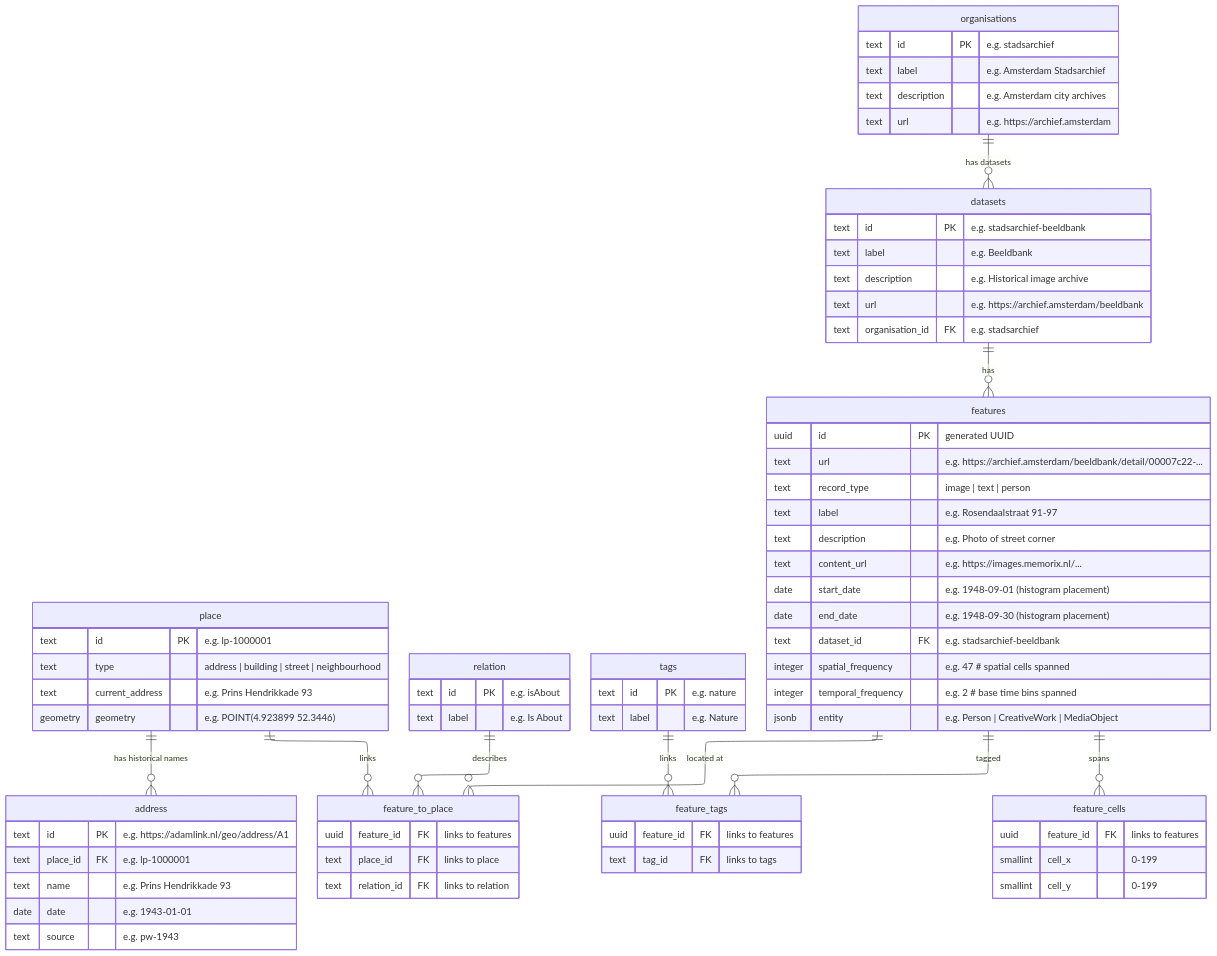
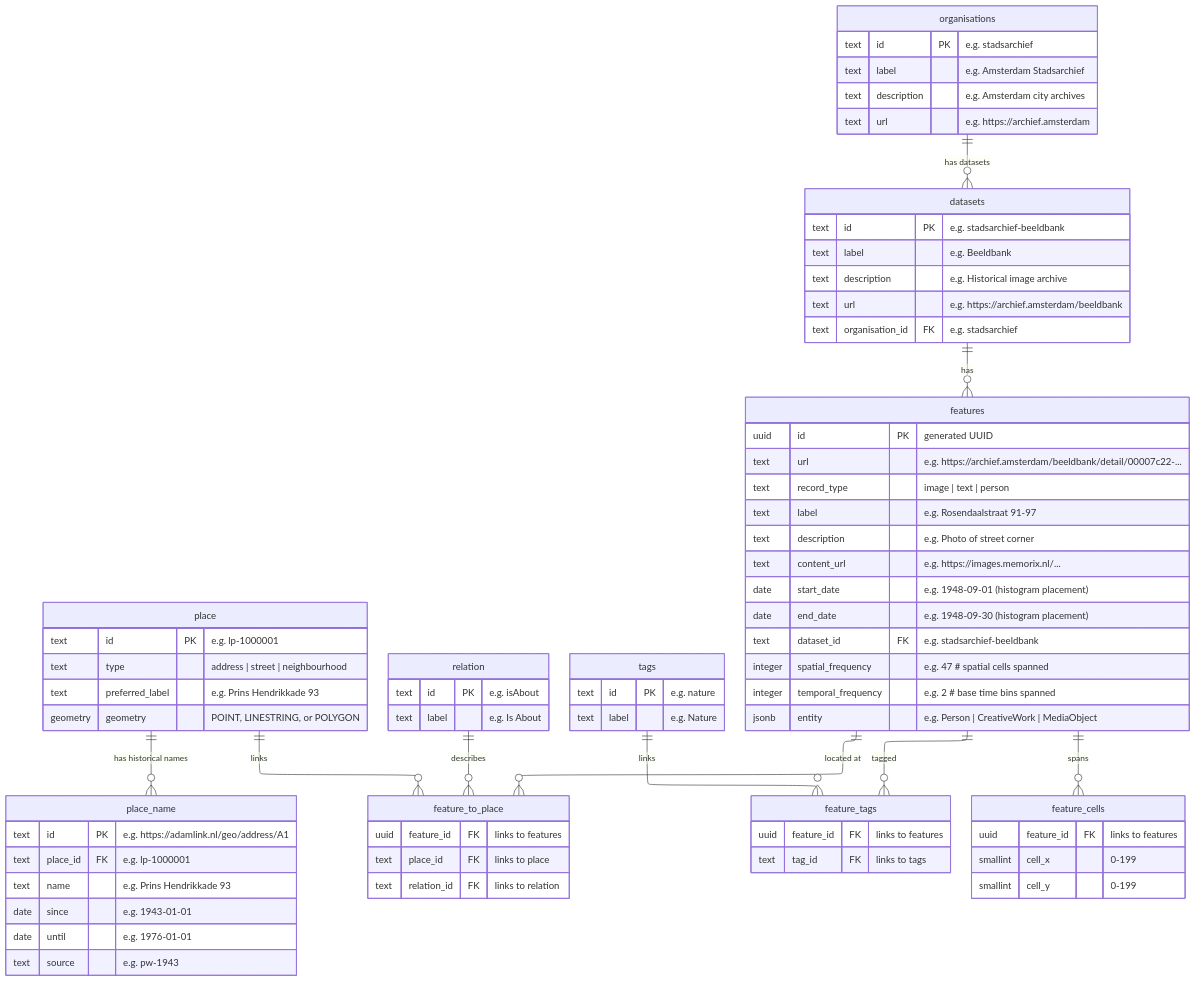
The diagram in README.md (amsterdamtimemachine/data-index), drawn with Mermaid before and after one commit. The commit also changed other lines of this file and 6 other files, not shown here.

```diff
--- a/README.md
+++ b/README.md
@@ -44,16 +44,17 @@
 
     place {
         text id PK "e.g. lp-1000001"
-        text type  "address | building | street | neighbourhood"
-        text current_address  "e.g. Prins Hendrikkade 93"
-        geometry geometry  "e.g. POINT(4.923899 52.3446)"
+        text type  "address | street | neighbourhood"
+        text preferred_label  "e.g. Prins Hendrikkade 93"
+        geometry geometry  "POINT, LINESTRING, or POLYGON"
     }
 
-    address {
+    place_name {
         text id PK "e.g. https://adamlink.nl/geo/address/A1"
         text place_id FK "e.g. lp-1000001"
         text name  "e.g. Prins Hendrikkade 93"
-        date date  "e.g. 1943-01-01"
+        date since  "e.g. 1943-01-01"
+        date until  "e.g. 1976-01-01"
         text source  "e.g. pw-1943"
     }
 
@@ -101,7 +102,7 @@
 
     organisations||--o{datasets:"has datasets"
     datasets||--o{features:"has"
-    place||--o{address:"has historical names"
+    place||--o{place_name:"has historical names"
     features||--o{feature_to_place:"located at"
     place||--o{feature_to_place:"links"
     relation||--o{feature_to_place:"describes"
```
